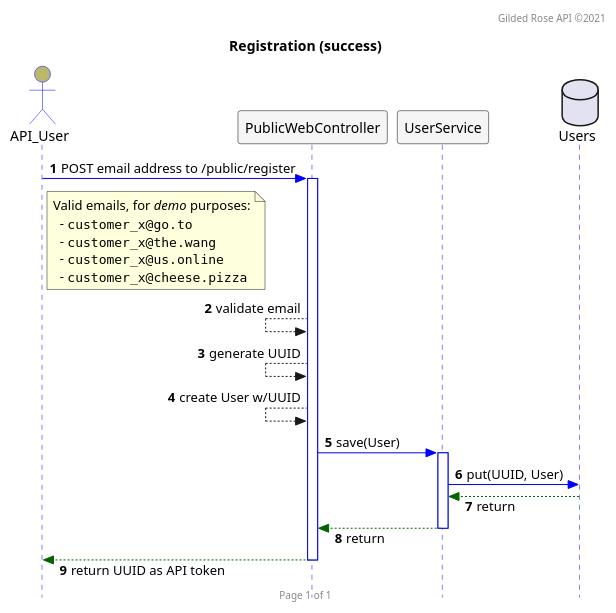
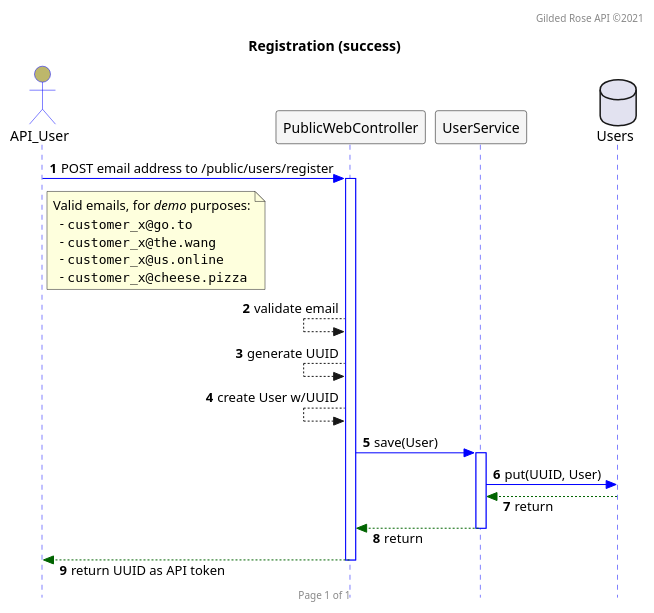
Before and after one commit to bladewheels/GildedRoseAPI: the diagram in src/main/resources/seq.register.puml, drawn with PlantUML.

```diff
--- a/src/main/resources/seq.register.puml
+++ b/src/main/resources/seq.register.puml
@@ -1,48 +1,48 @@
 @startuml
 
 autonumber
 header Gilded Rose API ©2021
 footer Page 1 of 1
 hide footbox
 
 skinparam responseMessageBelowArrow true
 skinparam sequence {
   ActorBackgroundColor DarkKhaki
   ActorBorderColor Blue
   DatabaseBackgroundColor Gray
   DatabaseBorderColor Black
   LifeLineBorderColor Blue
   ParticipantBackgroundColor WhiteSmoke
   ParticipantBorderColor Black
 }
 skinparam style strictuml
 
 title Registration (success)
 
 actor API_User
 participant PublicWebController
 participant UserService
 database Users
 
-API_User -[#0000FF]> PublicWebController : POST email address to /public/register
+API_User -[#0000FF]> PublicWebController : POST email address to /public/users/register
 note right of API_User
  Valid emails, for //demo// purposes:
    - ""customer_x@go.to""
    - ""customer_x@the.wang""
    - ""customer_x@us.online""
    - ""customer_x@cheese.pizza""
 end note
 activate PublicWebController
 PublicWebController <-- PublicWebController : validate email
 PublicWebController <-- PublicWebController : generate UUID
 PublicWebController <-- PublicWebController : create User w/UUID
 PublicWebController -[#0000FF]> UserService : save(User)
 activate UserService
 UserService -[#0000FF]> Users : put(UUID, User)
 UserService <[#DarkGreen]-- Users : return
 PublicWebController <[#DarkGreen]-- UserService : return
 deactivate UserService
 API_User <[#DarkGreen]-- PublicWebController : return UUID as API token
 deactivate PublicWebController
 
 @enduml
```
